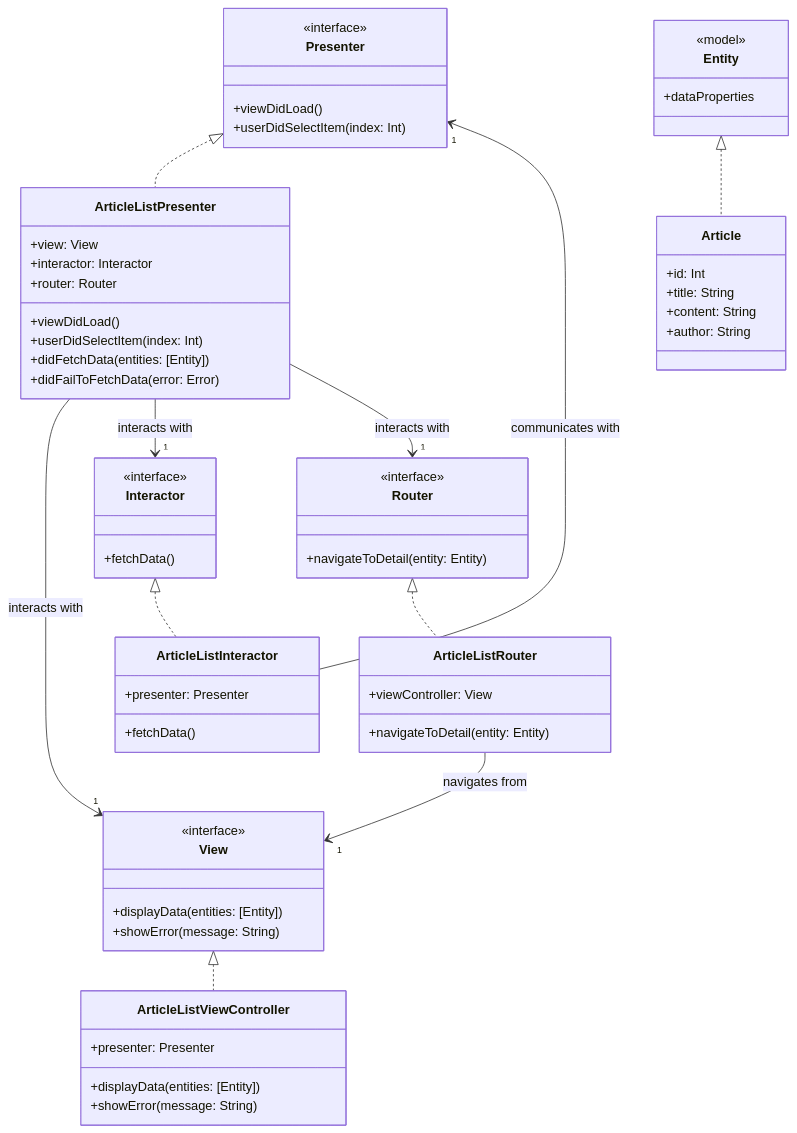
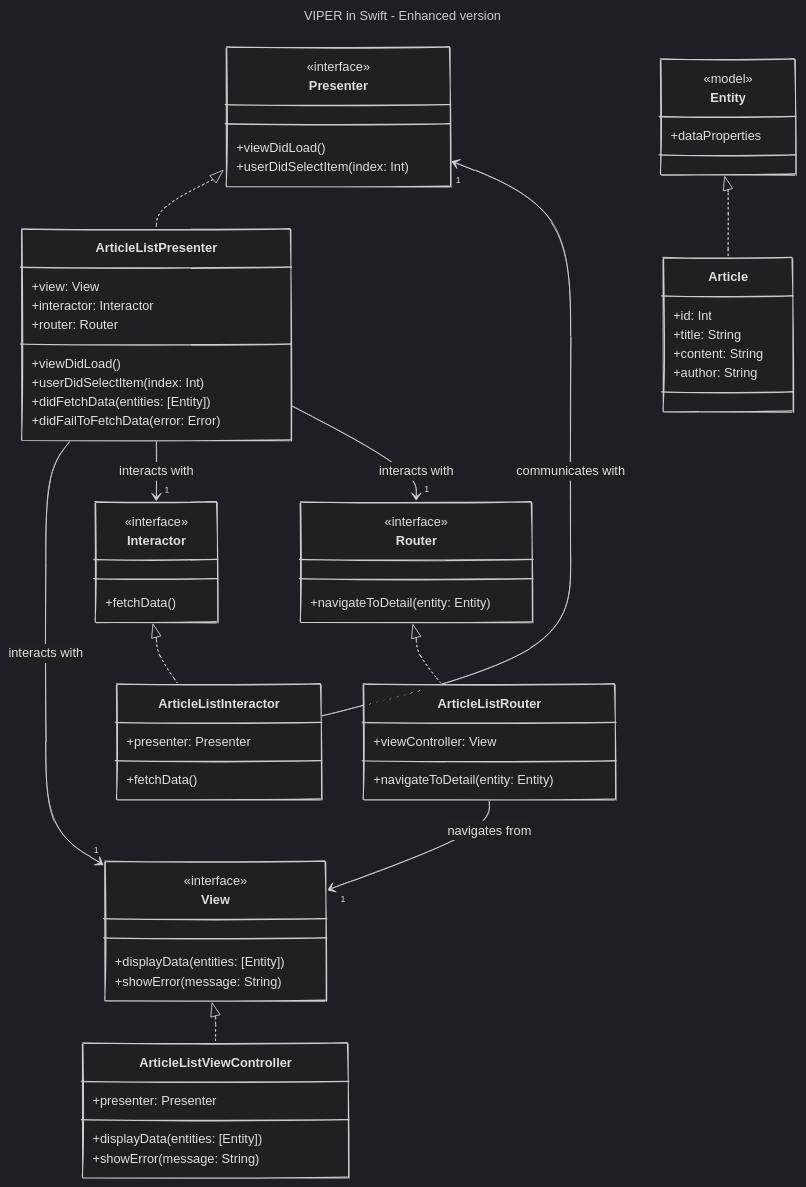
Before and after one commit to CongLeSolutionX/iOS-development-vault: the second of 2 diagrams in Design_Patterns/VIPER.md, drawn with Mermaid. The commit also changed other lines of this file and 6 other files, not shown here.

````diff
--- a/Design_Patterns/VIPER.md
+++ b/Design_Patterns/VIPER.md
@@ -128,4 +134,10 @@
 ```mermaid
+---
+title: VIPER in Swift - Enhanced version
+config:
+  look: handDrawn
+  theme: dark
+---
 classDiagram
     %% VIPER Components
     class View {
````
